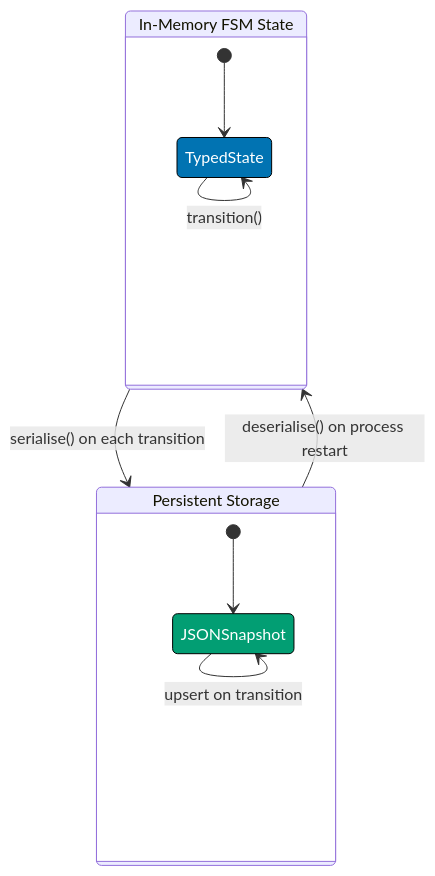
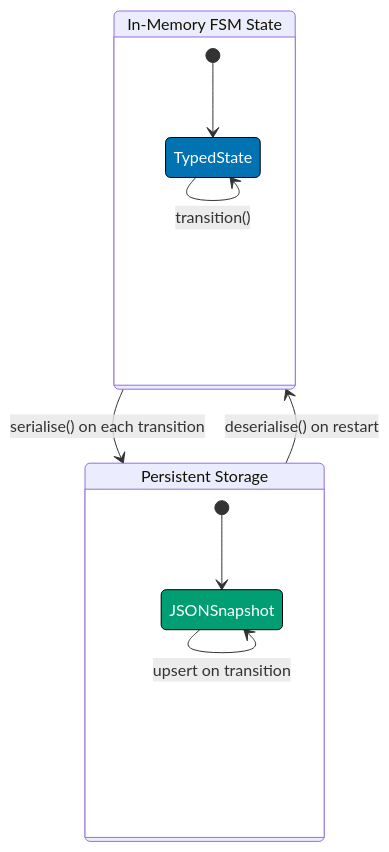
The seventh of 10 diagrams in apps/ayokoding-www/content/en/learn/software-engineering/software-architecture/finite-state-machine-fsm/in-oop-by-example/advanced.md (wahidyankf/baseerah), drawn with Mermaid before and after one commit. The commit also changed other lines of this file and 88 other files, not shown here.

First line of the commit message:
fix(ayokoding-www): resolve pre-existing Mermaid violations, exclude fixtures/plans-done

````diff
--- a/apps/ayokoding-www/content/en/learn/software-engineering/software-architecture/finite-state-machine-fsm/in-oop-by-example/advanced.md
+++ b/apps/ayokoding-www/content/en/learn/software-engineering/software-architecture/finite-state-machine-fsm/in-oop-by-example/advanced.md
@@ -3164,21 +3166,21 @@
 ```mermaid
 stateDiagram-v2
     state "In-Memory FSM State" as Memory {
         [*] --> TypedState
         TypedState --> TypedState: transition()
     }
 
     state "Persistent Storage" as Store {
         [*] --> JSONSnapshot
         JSONSnapshot --> JSONSnapshot: upsert on transition
     }
 
     Memory --> Store: serialise() on each transition
-    Store --> Memory: deserialise() on process restart
+    Store --> Memory: deserialise() on restart
 
     classDef memory fill:#0173B2,stroke:#000,color:#fff
     classDef store fill:#029E73,stroke:#000,color:#fff
 
     class TypedState memory
     class JSONSnapshot store
 ```
````
